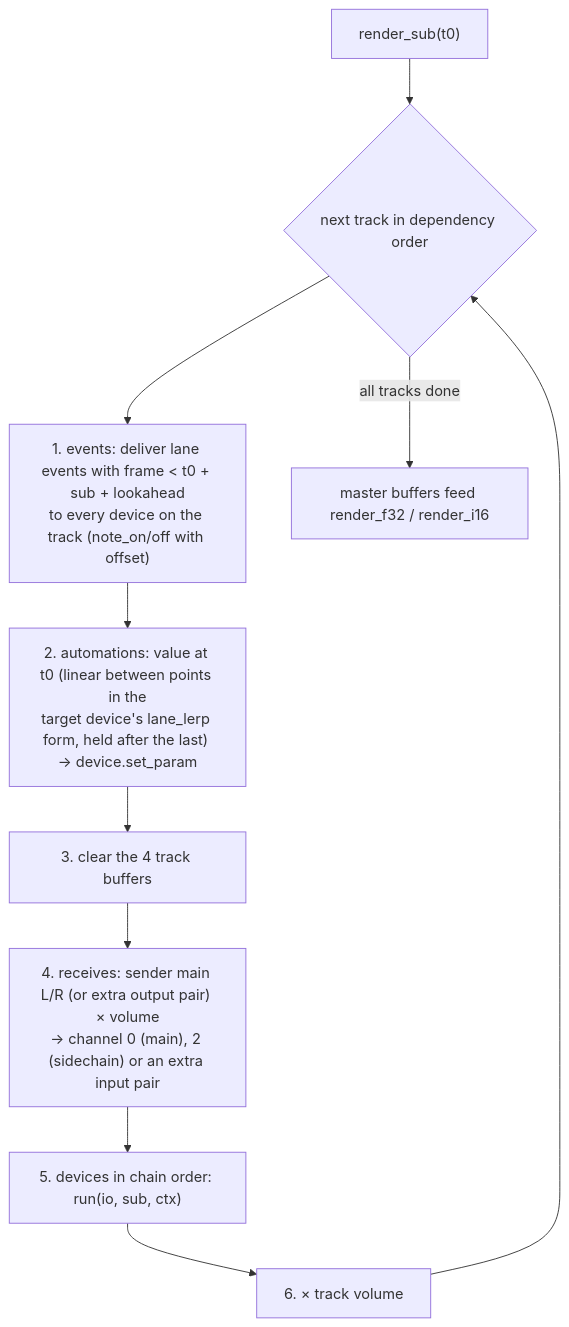
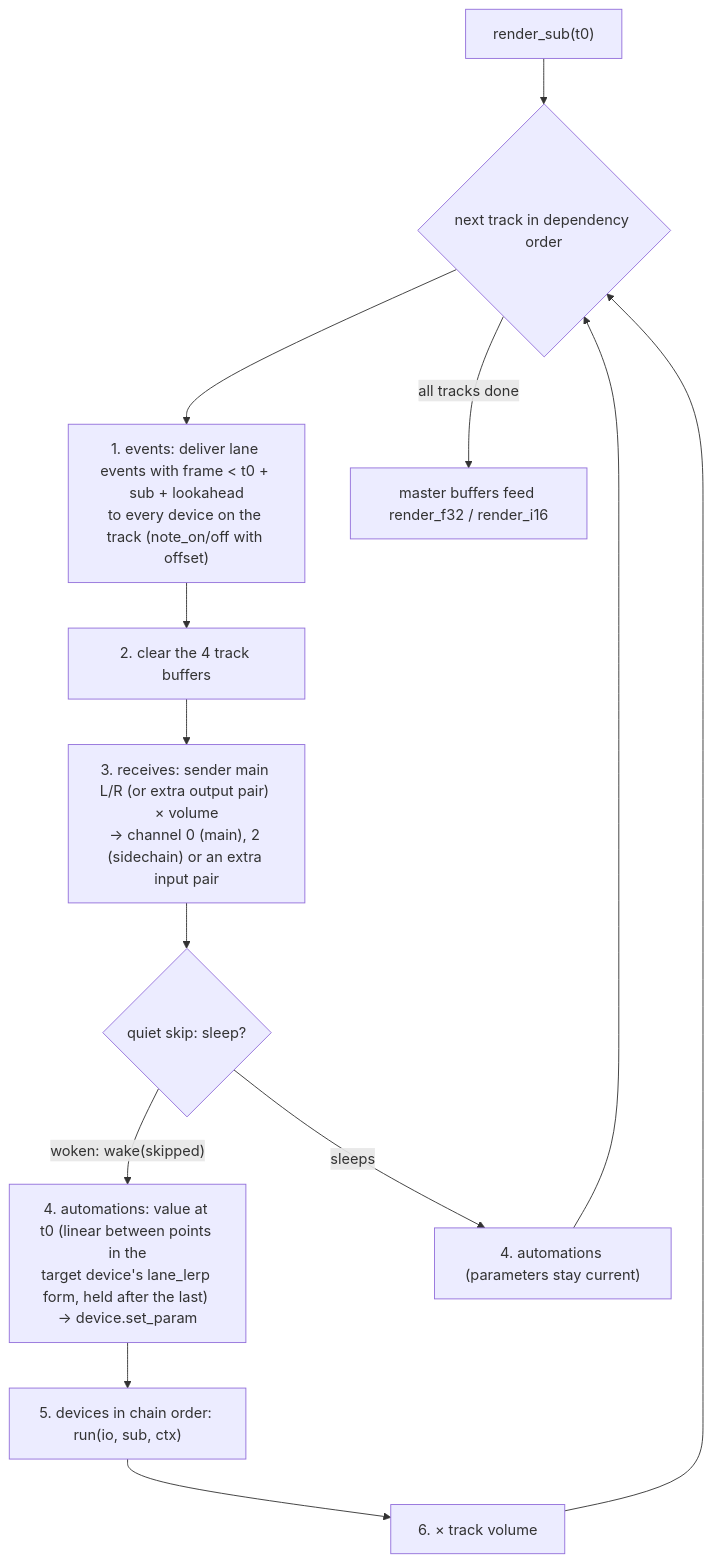
Before and after one commit to unisynth/unisynth: the seventh of 9 diagrams in docs/synth/synth-core.md, drawn with Mermaid. The commit also changed other lines of this file and 27 other files, not shown here.

First line of the commit message:
synth-core: quiet tracks sleep (unisynth us-quiet)

````diff
--- a/docs/synth/synth-core.md
+++ b/docs/synth/synth-core.md
@@ -293,12 +293,15 @@
 ```mermaid
 flowchart TD
     S["render_sub(t0)"] --> T{"next track in dependency order"}
     T --> E1["1. events: deliver lane events with frame < t0 + sub + lookahead<br/>to every device on the track (note_on/off with offset)"]
-    E1 --> E2["2. automations: value at t0 (linear between points in the<br/>target device's lane_lerp form, held after the last) → device.set_param"]
-    E2 --> E3["3. clear the 4 track buffers"]
-    E3 --> E4["4. receives: sender main L/R (or extra output pair) × volume<br/>→ channel 0 (main), 2 (sidechain) or an extra input pair"]
-    E4 --> E5["5. devices in chain order: run(io, sub, ctx)"]
+    E1 --> E3["2. clear the 4 track buffers"]
+    E3 --> E4["3. receives: sender main L/R (or extra output pair) × volume<br/>→ channel 0 (main), 2 (sidechain) or an extra input pair"]
+    E4 --> Q{"quiet skip: sleep?"}
+    Q -->|"woken: wake(skipped)"| E2["4. automations: value at t0 (linear between points in the<br/>target device's lane_lerp form, held after the last) → device.set_param"]
+    Q -->|"sleeps"| E2s["4. automations (parameters stay current)"]
+    E2s --> T
+    E2 --> E5["5. devices in chain order: run(io, sub, ctx)"]
     E5 --> E6["6. × track volume"]
     E6 --> T
     T -->|"all tracks done"| M["master buffers feed render_f32 / render_i16"]
 ```
````
